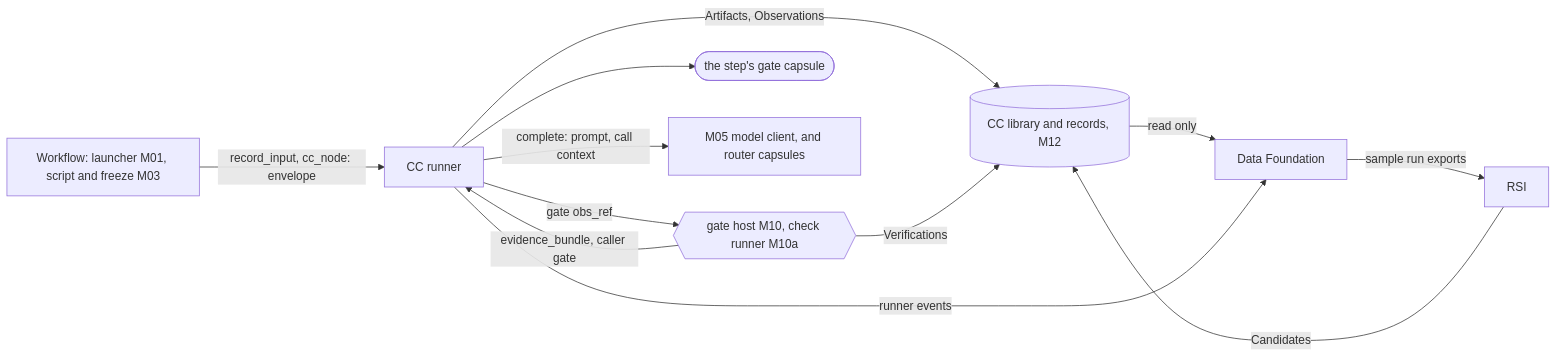
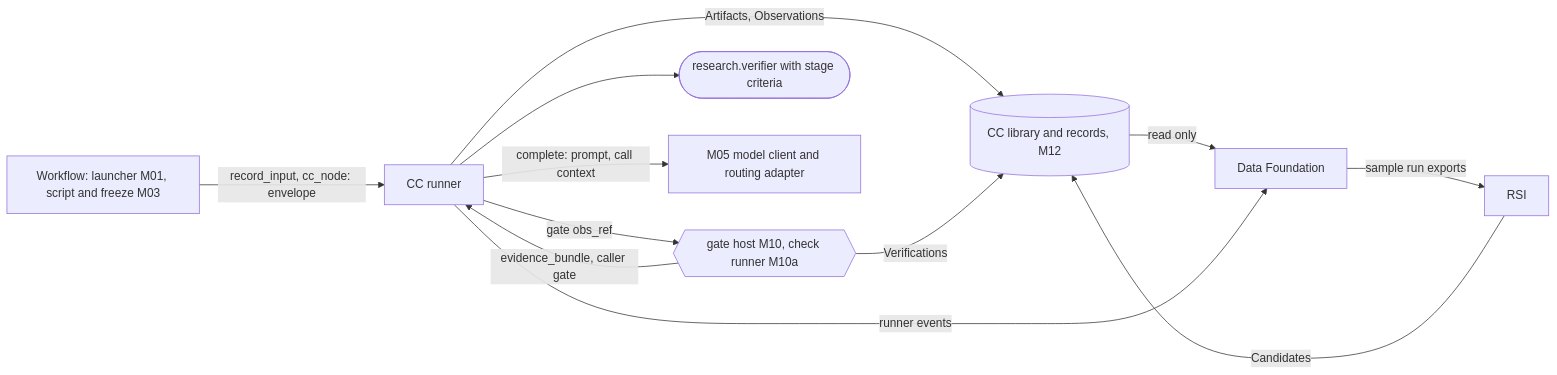
The diagram in docs/architecture/seams.md (Stellven/jiuwenswarm), drawn with Mermaid before and after one commit. The commit also changed other lines of this file and 192 other files, not shown here.

Commit message:
docs: freeze M1 sources and complete Docker architecture handoff

````diff
--- a/docs/architecture/seams.md
+++ b/docs/architecture/seams.md
@@ -15,22 +15,22 @@
 ```mermaid
 flowchart LR
     WF["Workflow: launcher M01, script and freeze M03"]
     RUN["CC runner"]
     GATE{{"gate host M10, check runner M10a"}}
-    JUDGE(["the step's gate capsule"])
-    MR["M05 model client, and router capsules"]
+    JUDGE(["research.verifier with stage criteria"])
+    MR["M05 model client and routing adapter"]
     DF["Data Foundation"]
     RSI["RSI"]
     LIB[("CC library and records, M12")]
     WF -->|"record_input, cc_node: envelope"| RUN
     RUN -->|"gate obs_ref"| GATE
     GATE -->|"evidence_bundle, caller gate"| RUN
     RUN --> JUDGE
     RUN -->|"complete: prompt, call context"| MR
     RUN -->|"Artifacts, Observations"| LIB
     GATE -->|"Verifications"| LIB
     LIB -->|"read only"| DF
     RUN -->|"runner events"| DF
     DF -->|"sample run exports"| RSI
     RSI -->|"Candidates"| LIB
 ```
````
